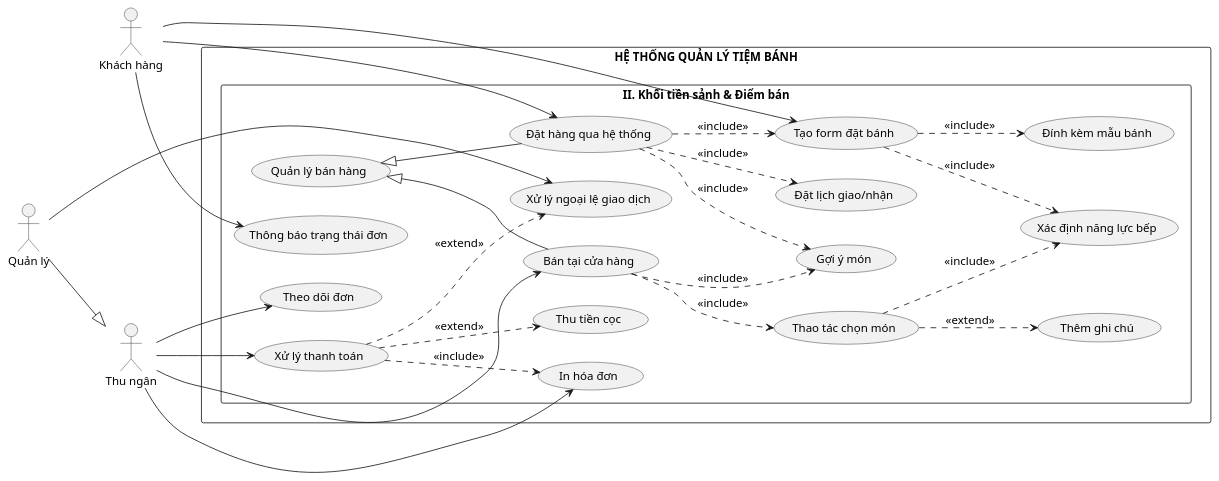
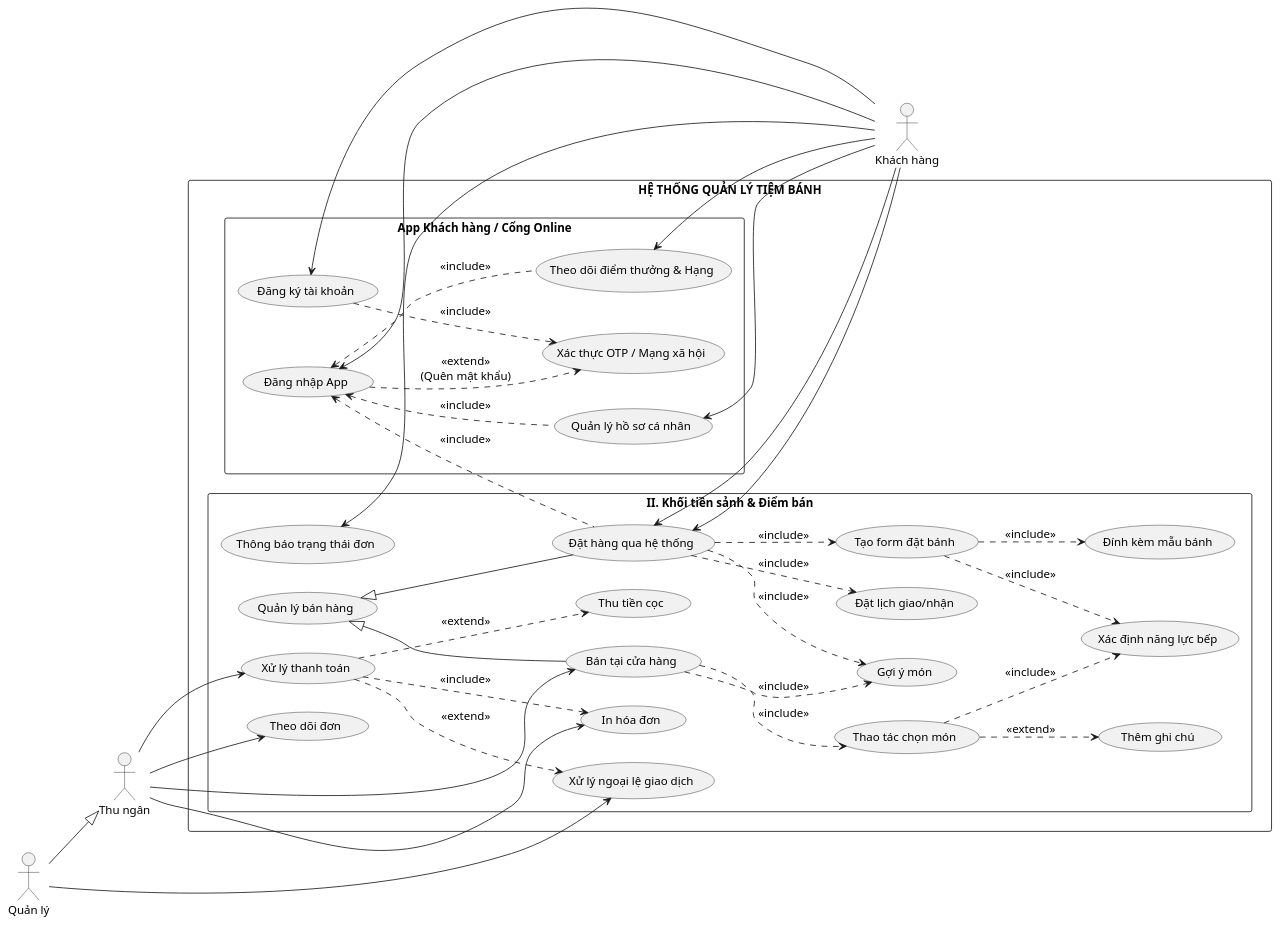
Before and after one commit to lancelotviendangkhoa710/IS-System-Development: the diagram in usecase/Package2_FOH.plantuml, drawn with PlantUML.

```diff
--- a/usecase/Package2_FOH.plantuml
+++ b/usecase/Package2_FOH.plantuml
@@ -1,59 +1,78 @@
 @startuml Package2_FOH
 left to right direction
 skinparam packageStyle rectangle
 skinparam DefaultFontSize 14
 
 actor "Khách hàng" as Customer
 actor "Thu ngân" as Cashier
 actor "Quản lý" as Manager
 
 Manager --|> Cashier
 
 rectangle "HỆ THỐNG QUẢN LÝ TIỆM BÁNH" {
     package "II. Khối tiền sảnh & Điểm bán" {
         usecase "Quản lý bán hàng" as UC_Sales
         usecase "Bán tại cửa hàng" as UC_Takeplace
         usecase "Đặt hàng qua hệ thống" as UC_Online
         usecase "Thao tác chọn món" as UC_Order
         usecase "Thêm ghi chú" as UC_Note
         usecase "Tạo form đặt bánh" as UC_CustomizeForm
         usecase "Đính kèm mẫu bánh" as UC_Sample
         usecase "Xác định năng lực bếp" as UC_Available
         usecase "Đặt lịch giao/nhận" as UC_ShipTime
         usecase "Thu tiền cọc" as UC_DepositTracking
         usecase "Xử lý thanh toán" as UC_Payment
         usecase "Xử lý ngoại lệ giao dịch" as UC_Exclude
         usecase "In hóa đơn" as UC_Bill
         usecase "Thông báo trạng thái đơn" as UC_StatusNotice 
         usecase "Theo dõi đơn" as UC_Review
         usecase "Gợi ý món" as UC_Rcm
 
         UC_Sales <|-- UC_Takeplace
         UC_Sales <|-- UC_Online
         UC_Takeplace ..> UC_Order : <<include>>
         UC_Order ..> UC_Note : <<extend>>
         UC_Order ..> UC_Available : <<include>>
         UC_Online ..> UC_CustomizeForm : <<include>>
         UC_Online ..> UC_ShipTime : <<include>>
         UC_CustomizeForm ..> UC_Sample : <<include>>
         UC_CustomizeForm ..> UC_Available : <<include>>
         
         UC_Payment ..> UC_Bill : <<include>>
         UC_Payment ..> UC_DepositTracking : <<extend>>
         UC_Payment ..> UC_Exclude : <<extend>>
         UC_Takeplace ..> UC_Rcm : <<include>>
         UC_Online ..> UC_Rcm : <<include>>
     }
+
+    package "App Khách hàng / Cổng Online" {
+        usecase "Đăng ký tài khoản" as UC_CusRegister
+        usecase "Đăng nhập App" as UC_CusLogin
+        usecase "Xác thực OTP / Mạng xã hội" as UC_OAuth
+
+        usecase "Quản lý hồ sơ cá nhân" as UC_MyProfile
+        usecase "Theo dõi điểm thưởng & Hạng" as UC_MyLoyalty
+        
+        UC_CusLogin ..> UC_OAuth : <<extend>>\n(Quên mật khẩu)
+        UC_CusRegister ..> UC_OAuth : <<include>>
+        UC_Online .up.> UC_CusLogin : <<include>> 
+        UC_MyProfile .up.> UC_CusLogin : <<include>>
+        UC_MyLoyalty .up.> UC_CusLogin : <<include>>
+    }
 }
 
-Customer --> UC_Online
-Customer --> UC_CustomizeForm
-Customer --> UC_StatusNotice
+Customer -up-> UC_Online
+Customer -up-> UC_StatusNotice
+Customer -up-> UC_CusRegister
+Customer -up-> UC_CusLogin
+Customer -up-> UC_Online
+Customer -up-> UC_MyProfile
+Customer -up-> UC_MyLoyalty
 
 Cashier --> UC_Takeplace
 Cashier --> UC_Payment
 Cashier --> UC_Bill
 Cashier --> UC_Review
 
 Manager --> UC_Exclude
 @enduml
```
